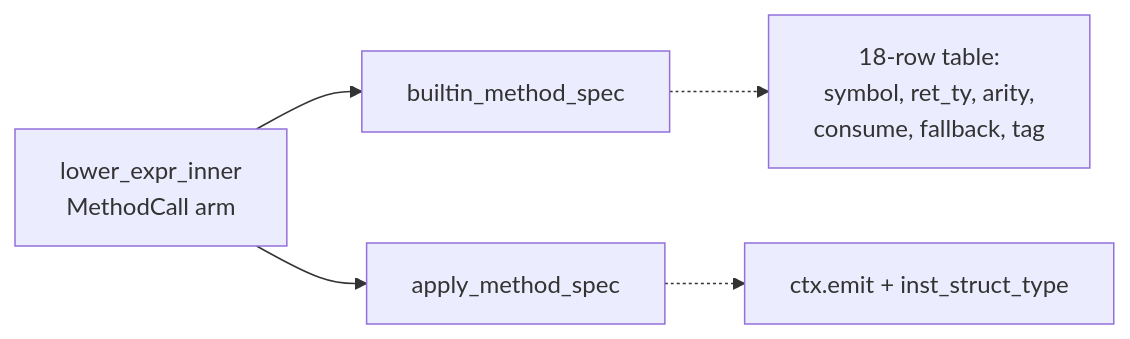
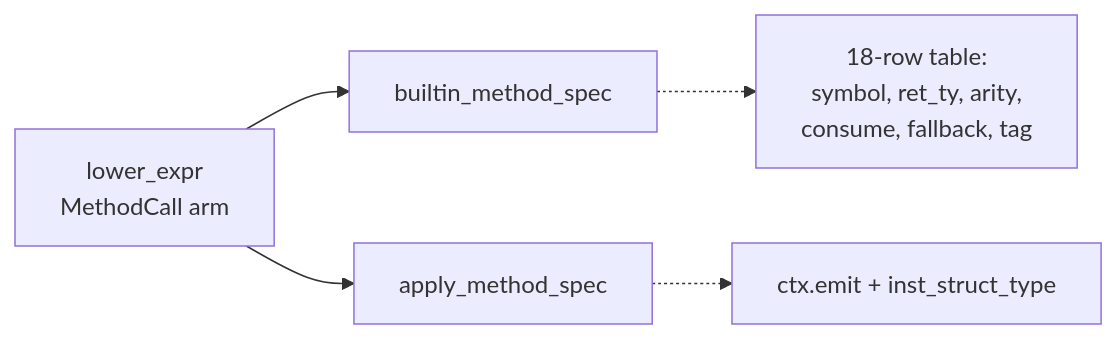
Before and after one commit to vow-lang/vow: the second of 12 diagrams in .architecture/reviews/2026-09-18-builtin-method-spec.md, drawn with Mermaid. The commit also changed other lines of this file and 1 other file, not shown here.

First line of the commit message:
docs(architecture): record four builtin-method-spec designs and adjudication

````diff
--- a/.architecture/reviews/2026-09-18-builtin-method-spec.md
+++ b/.architecture/reviews/2026-09-18-builtin-method-spec.md
@@ -118,7 +118,7 @@
 ```mermaid
 graph LR
-  D[lower_expr_inner<br/>MethodCall arm] --> S[builtin_method_spec]
+  D[lower_expr<br/>MethodCall arm] --> S[builtin_method_spec]
   D --> AP[apply_method_spec]
   S -.-> T[18-row table:<br/>symbol, ret_ty, arity,<br/>consume, fallback, tag]
   AP -.-> E[ctx.emit + inst_struct_type]
 ```
````
